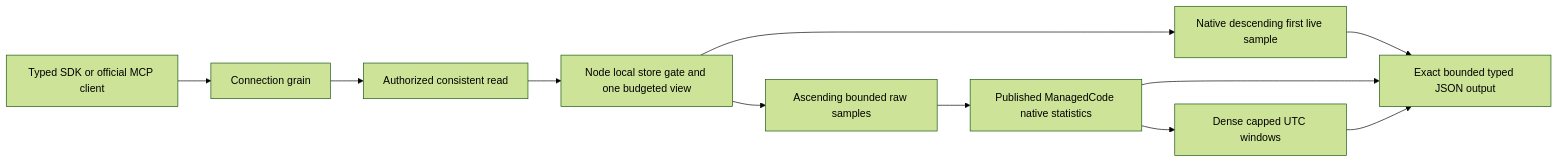
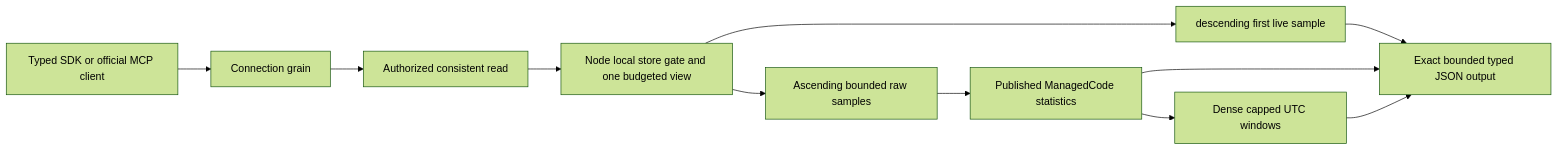
Before and after one commit to managedcode/KeyLoad: the diagram in docs/ADR/ADR-052-timeseries-bounded-aggregates.md, drawn with Mermaid (forest theme). The commit also changed other lines of this file and 9016 other files, not shown here.

````diff
--- a/docs/ADR/ADR-052-timeseries-bounded-aggregates.md
+++ b/docs/ADR/ADR-052-timeseries-bounded-aggregates.md
@@ -105,13 +105,13 @@
 ```mermaid
 flowchart LR
     Client[Typed SDK or official MCP client] --> Request[Connection grain]
     Request --> Read[Authorized consistent read]
     Read --> Gate[Node local store gate and one budgeted view]
-    Gate --> Latest[Native descending first live sample]
+    Gate --> Latest[descending first live sample]
     Gate --> Raw[Ascending bounded raw samples]
-    Raw --> Native[Published ManagedCode native statistics]
-    Native --> Windows[Dense capped UTC windows]
+    Raw --> Execution[Published ManagedCode statistics]
+    Execution --> Windows[Dense capped UTC windows]
     Latest --> Result[Exact bounded typed JSON output]
-    Native --> Result
+    Execution --> Result
     Windows --> Result
 ```
````
